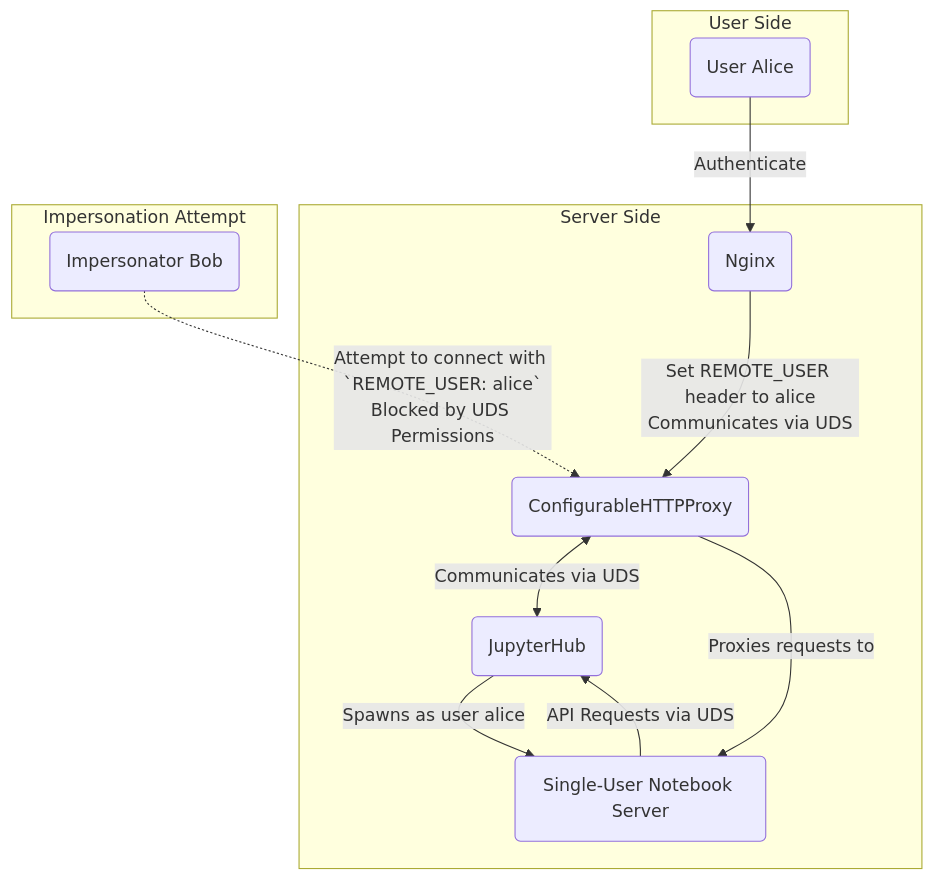
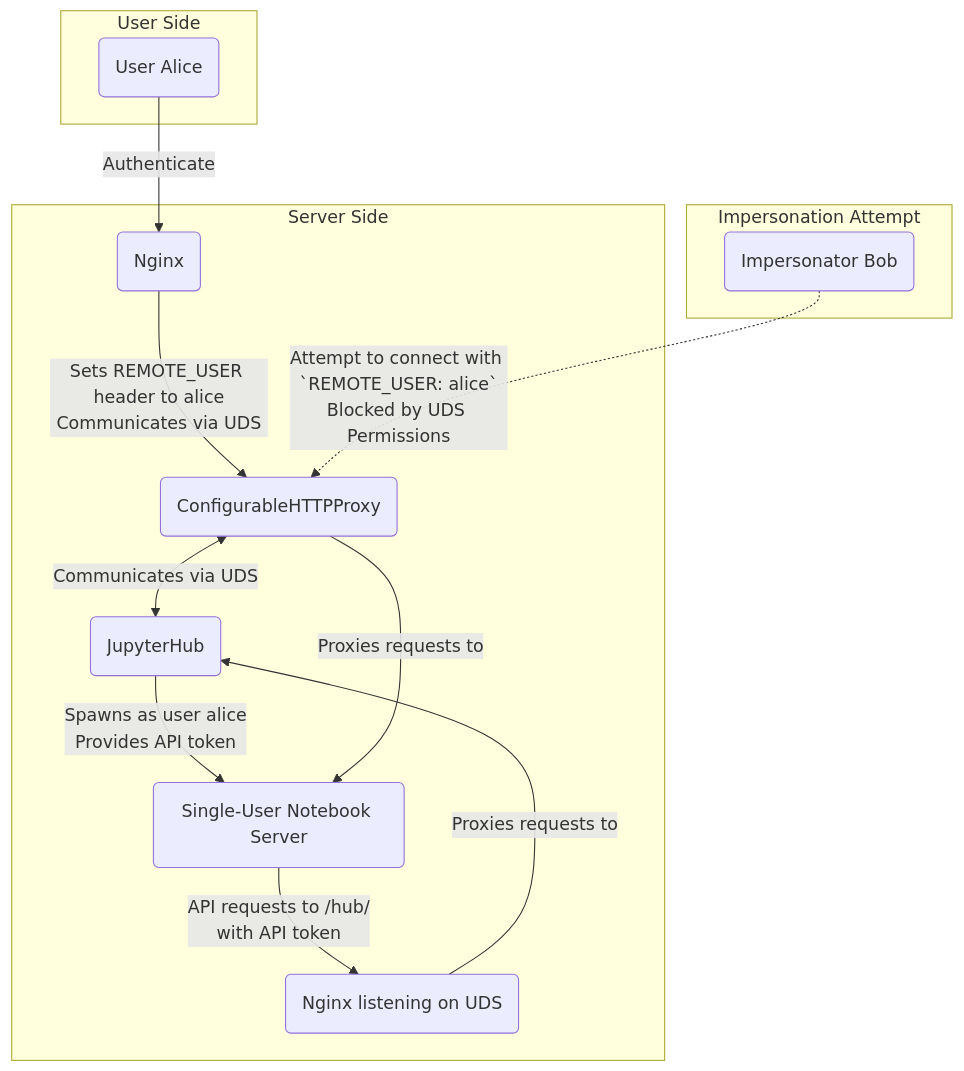
The diagram in README.md (dometto/jupyterhub-unix-socket-example), drawn with Mermaid before and after one commit.

Commit message:
Improve mermaid diagram

````diff
--- a/README.md
+++ b/README.md
@@ -95,17 +95,18 @@
 ```mermaid
 graph TD
     subgraph Server Side
-        B(Nginx) -->|Set REMOTE_USER header to alice<br/>Communicates via UDS| C(ConfigurableHTTPProxy)
+        B(Nginx) -->|Sets REMOTE_USER header to alice<br/>Communicates via UDS| C(ConfigurableHTTPProxy)
         C(ConfigurableHTTPProxy) <-->|Communicates via UDS| D(JupyterHub)
-        D(JupyterHub) -->|Spawns as user alice| E(Single-User Notebook Server) -->|API Requests via UDS|D
+        D(JupyterHub) -->|Spawns as user alice<br/>Provides API token| E(Single-User Notebook Server) -->|API requests to /hub/<br/>with API token|G
         C -->|Proxies requests to| E
+        G(Nginx listening on UDS) -->|Proxies requests to<br/>|D
     end
 
     subgraph User Side
         A(User Alice) -->|Authenticate| B(Nginx)
     end
 
     subgraph Impersonation Attempt
         F(Impersonator Bob) -.->|Attempt to connect with `REMOTE_USER: alice`<br/>Blocked by UDS Permissions| C(ConfigurableHTTPProxy)
     end
 ```
````
